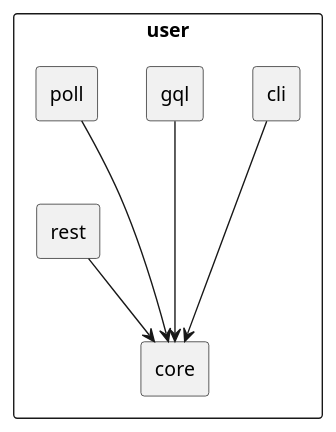
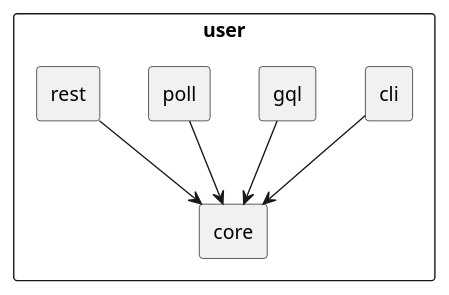
Before and after one commit to maxh/maxheinritz.com: the diagram in _posts/2022-08-13-atomic-backend-modules.md, drawn with PlantUML. The commit also changed other lines of this file and 2 other files, not shown here.

Commit message:
atomic backend module

````diff
--- a/_posts/2022-08-13-atomic-backend-modules.md
+++ b/_posts/2022-08-13-atomic-backend-modules.md
@@ -103,22 +103,22 @@
 ```plantuml
 @startuml
 skinparam map {
   BackgroundColor white
 }
 
 skinparam componentStyle rectangle
 
 component user {
   component cli
   component gql
   component poll
   component core
   component rest
 }
 
-gql ---> core
-cli ---> core
-poll ---> core
+gql --> core
+cli --> core
+poll --> core
 rest --> core
 @enduml
 ```
````
